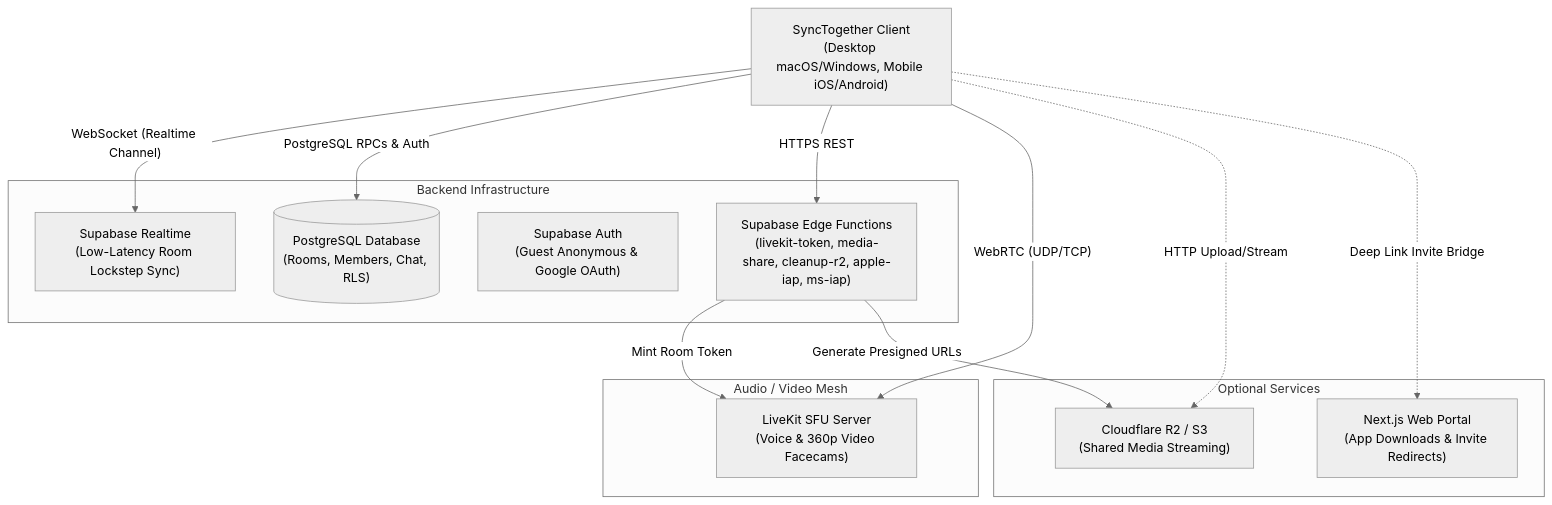
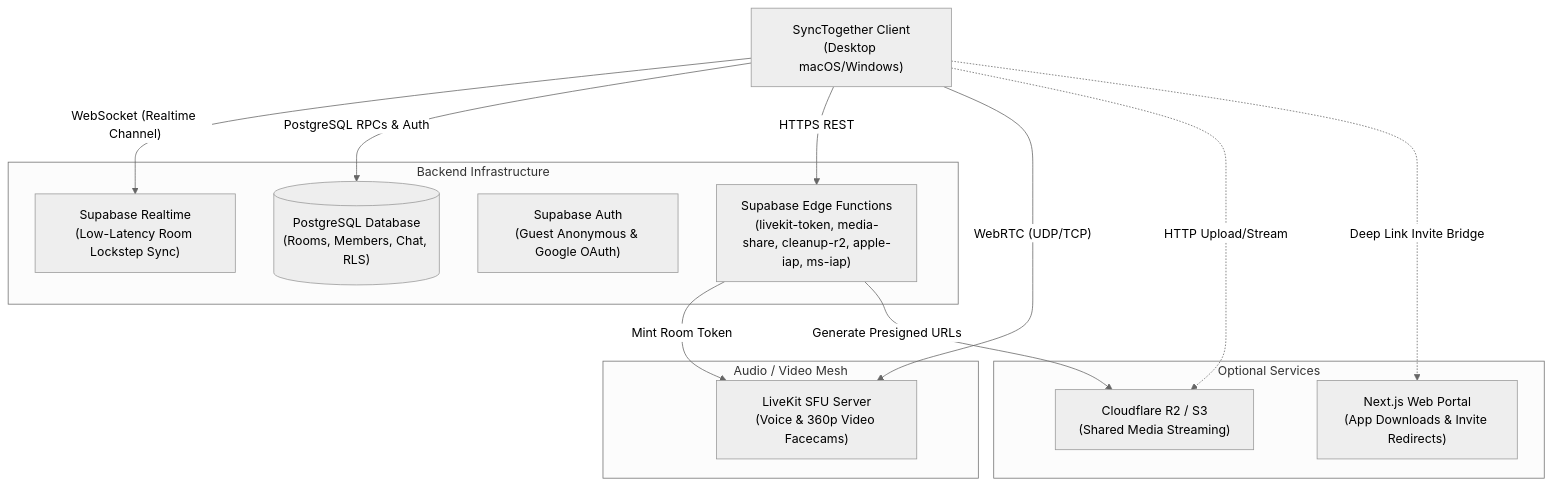
The diagram in docs/self-hosting.md (shubhamsinghshubham777/synctogether), drawn with Mermaid (neutral theme) before and after one commit. The commit also changed other lines of this file and 41 other files, not shown here.

````diff
--- a/docs/self-hosting.md
+++ b/docs/self-hosting.md
@@ -11,29 +11,29 @@
 ```mermaid
 flowchart TD
-    Client["SyncTogether Client<br/>(Desktop macOS/Windows, Mobile iOS/Android)"]
+    Client["SyncTogether Client<br/>(Desktop macOS/Windows)"]
     
     subgraph Backend ["Backend Infrastructure"]
         DB[("PostgreSQL Database<br/>(Rooms, Members, Chat, RLS)")]
         Realtime["Supabase Realtime<br/>(Low-Latency Room Lockstep Sync)"]
         Auth["Supabase Auth<br/>(Guest Anonymous & Google OAuth)"]
         Functions["Supabase Edge Functions<br/>(livekit-token, media-share, cleanup-r2, apple-iap, ms-iap)"]
     end
 
     subgraph AV ["Audio / Video Mesh"]
         LiveKit["LiveKit SFU Server<br/>(Voice & 360p Video Facecams)"]
     end
 
     subgraph Optional ["Optional Services"]
         R2["Cloudflare R2 / S3<br/>(Shared Media Streaming)"]
         Web["Next.js Web Portal<br/>(App Downloads & Invite Redirects)"]
     end
 
     Client -->|"WebSocket (Realtime Channel)"| Realtime
     Client -->|"PostgreSQL RPCs & Auth"| DB
     Client -->|"HTTPS REST"| Functions
     Client -->|"WebRTC (UDP/TCP)"| LiveKit
     Client -.->|"HTTP Upload/Stream"| R2
     Client -.->|"Deep Link Invite Bridge"| Web
     Functions -->|"Mint Room Token"| LiveKit
     Functions -->|"Generate Presigned URLs"| R2
 ```
````
